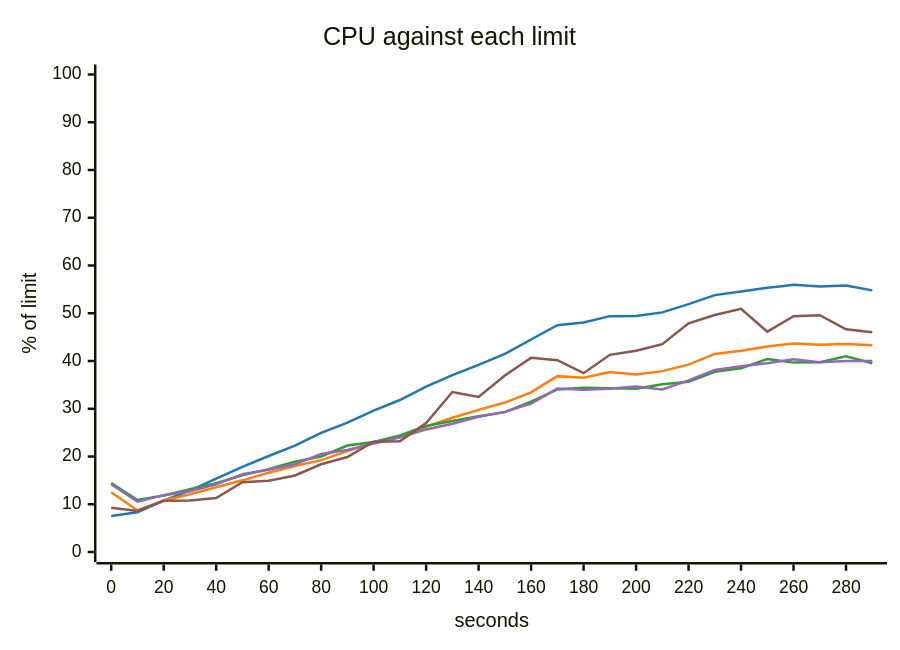
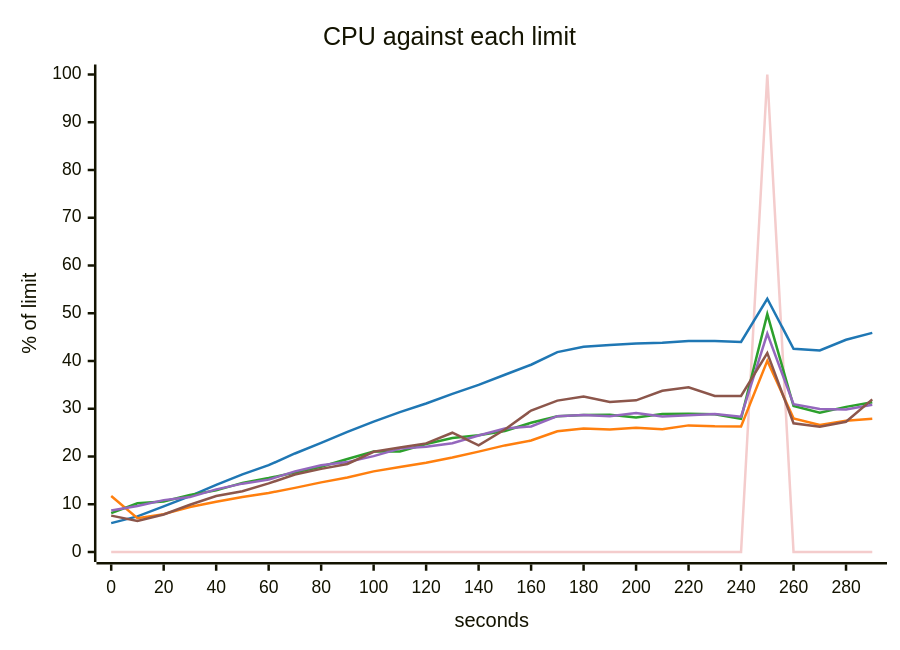
Before and after one commit to akinfemi/load-lore: the fifth of 5 diagrams in scenarios/viral-post/solutions/cache-the-posts/report.md, drawn with Mermaid. The commit also changed other lines of this file and 49 other files, not shown here.

````diff
--- a/scenarios/viral-post/solutions/cache-the-posts/report.md
+++ b/scenarios/viral-post/solutions/cache-the-posts/report.md
@@ -96,18 +99,19 @@
 ```mermaid
 ---
 config:
   themeVariables:
     xyChart:
       backgroundColor: "transparent"
-      plotColorPalette: "#1f77b4, #ff7f0e, #2ca02c, #9467bd, #8c564b"
+      plotColorPalette: "#f4cccc, #1f77b4, #ff7f0e, #2ca02c, #9467bd, #8c564b"
 ---
 xychart-beta
     title "CPU against each limit"
     x-axis "seconds" 0 --> 290
     y-axis "% of limit" 0 --> 100
-    line [7.54, 8.304, 10.753, 12.846, 15.365, 17.831, 20.108, 22.268, 24.949, 27.087, 29.599, 31.826, 34.621, 37.025, 39.192, 41.488, 44.5, 47.489, 48.054, 49.393, 49.432, 50.184, 51.907, 53.796, 54.564, 55.325, 55.956, 55.624, 55.816, 54.793]
-    line [12.501, 8.7, 10.798, 12.109, 13.57, 15.01, 16.583, 18.021, 19.233, 21.126, 22.887, 24.132, 26.22, 28.118, 29.757, 31.296, 33.432, 36.831, 36.48, 37.702, 37.181, 37.879, 39.236, 41.482, 42.125, 43.039, 43.664, 43.415, 43.547, 43.282]
-    line [14.439, 10.879, 11.832, 13.152, 14.397, 16.076, 17.358, 18.927, 20.001, 22.305, 23.042, 24.409, 26.375, 27.414, 28.421, 29.288, 31.487, 34.049, 34.416, 34.317, 34.201, 35.134, 35.649, 37.725, 38.485, 40.402, 39.661, 39.737, 40.973, 39.512]
-    line [14.192, 10.558, 11.907, 12.743, 14.17, 16.303, 17.232, 18.378, 20.534, 21.361, 22.72, 23.964, 25.671, 26.854, 28.324, 29.349, 31.072, 34.222, 33.999, 34.201, 34.656, 34.053, 35.936, 38.113, 38.917, 39.511, 40.344, 39.738, 39.974, 40.018]
-    line [9.287, 8.604, 10.714, 10.789, 11.3, 14.607, 14.916, 16.032, 18.379, 19.903, 23.098, 23.174, 27.022, 33.508, 32.482, 36.98, 40.66, 40.172, 37.452, 41.289, 42.135, 43.518, 47.906, 49.63, 50.919, 46.138, 49.367, 49.584, 46.627, 46.003]
+    line [0, 0, 0, 0, 0, 0, 0, 0, 0, 0, 0, 0, 0, 0, 0, 0, 0, 0, 0, 0, 0, 0, 0, 0, 0, 100, 0, 0, 0, 0]
+    line [6.049, 7.45, 9.547, 11.701, 14.069, 16.244, 18.176, 20.635, 22.853, 25.142, 27.312, 29.283, 31.11, 33.103, 34.993, 37.12, 39.218, 41.866, 42.998, 43.352, 43.655, 43.831, 44.165, 44.166, 43.999, 53.038, 42.557, 42.197, 44.454, 45.885]
+    line [11.716, 7.097, 7.929, 9.416, 10.509, 11.521, 12.354, 13.426, 14.579, 15.592, 16.882, 17.822, 18.703, 19.78, 21.018, 22.324, 23.344, 25.299, 25.838, 25.68, 26.027, 25.722, 26.516, 26.338, 26.295, 40.036, 27.982, 26.615, 27.502, 27.917]
+    line [8.149, 10.211, 10.586, 11.919, 12.908, 14.472, 15.487, 16.635, 17.853, 19.467, 21.045, 21.071, 22.611, 23.863, 24.436, 25.331, 27.059, 28.417, 28.713, 28.755, 28.19, 28.886, 28.927, 28.841, 27.884, 49.817, 30.582, 29.193, 30.396, 31.359]
+    line [8.687, 9.636, 10.864, 11.498, 13.117, 14.316, 15.157, 16.887, 18.159, 18.824, 20.079, 21.65, 22.063, 22.766, 24.387, 25.853, 26.281, 28.44, 28.707, 28.447, 29.108, 28.371, 28.652, 28.89, 28.341, 45.721, 30.963, 29.963, 29.825, 30.844]
+    line [7.617, 6.522, 7.863, 9.886, 11.721, 12.725, 14.366, 16.231, 17.409, 18.436, 20.992, 21.891, 22.749, 24.976, 22.33, 25.657, 29.622, 31.705, 32.564, 31.421, 31.755, 33.75, 34.487, 32.668, 32.666, 41.641, 26.952, 26.214, 27.285, 31.966]
 ```
````
